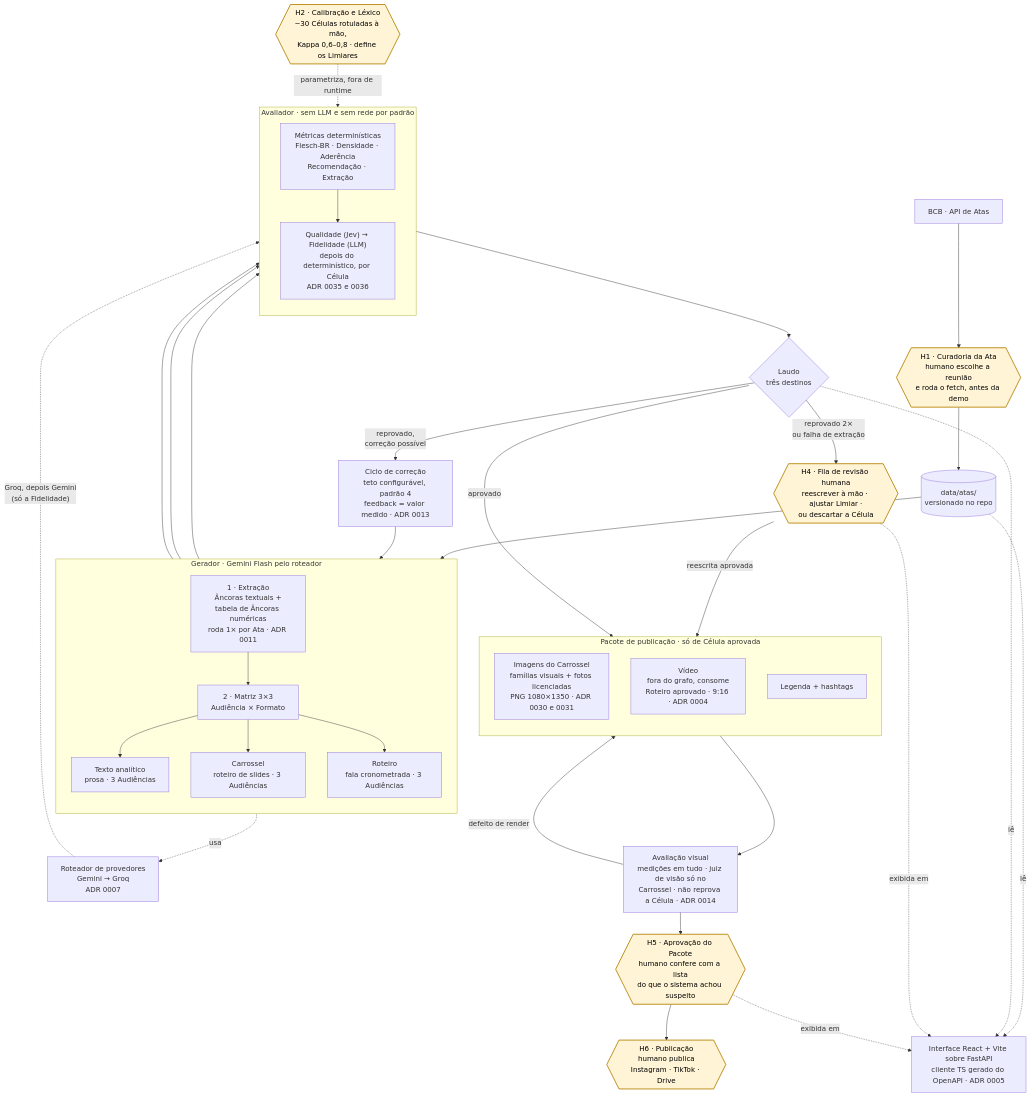
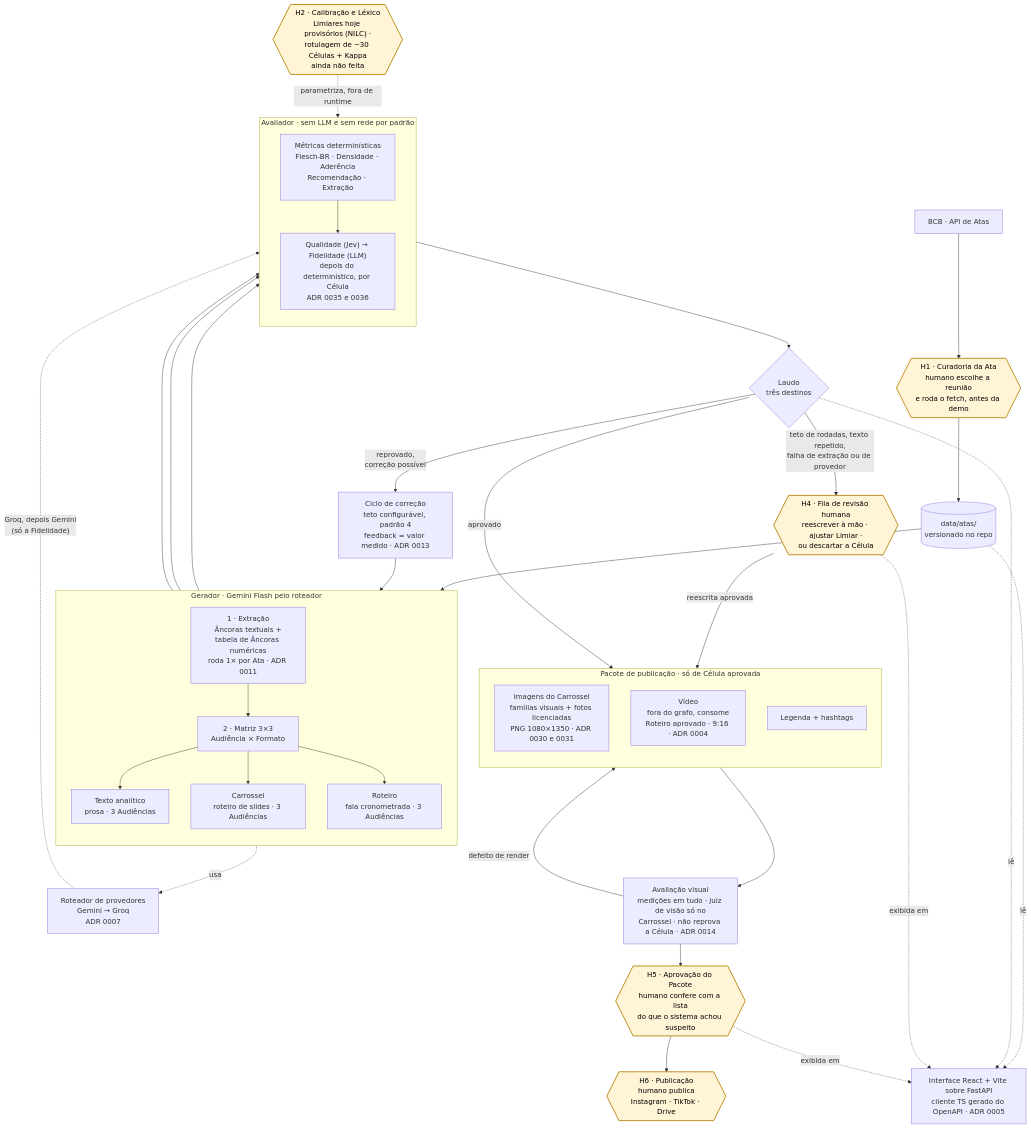
One commit to Lucas-Andrade-Silva/caseSunoAcademyFinance changed the diagram in docs/ARQUITETURA.md. Above: the diagram before and after it, drawn with Mermaid. The commit also changed other lines of this file and 7 other files, not shown here.

````diff
--- a/docs/ARQUITETURA.md
+++ b/docs/ARQUITETURA.md
@@ -68,75 +68,75 @@
 ```mermaid
 flowchart TD
     BCB["BCB · API de Atas"]
     H1{{"H1 · Curadoria da Ata<br/>humano escolhe a reunião<br/>e roda o fetch, antes da demo"}}
     ATAS[("data/atas/<br/>versionado no repo")]
     BCB --> H1 --> ATAS
 
     ATAS --> EXT
 
     subgraph G["Gerador · Gemini Flash pelo roteador"]
         direction TB
         EXT["1 · Extração<br/>Âncoras textuais +<br/>tabela de Âncoras numéricas<br/>roda 1× por Ata · ADR 0011"]
         MATRIZ["2 · Matriz 3×3<br/>Audiência × Formato"]
         TXT["Texto analítico<br/>prosa · 3 Audiências"]
         CAR["Carrossel<br/>roteiro de slides · 3 Audiências"]
         ROT["Roteiro<br/>fala cronometrada · 3 Audiências"]
         EXT --> MATRIZ
         MATRIZ --> TXT
         MATRIZ --> CAR
         MATRIZ --> ROT
     end
 
     ROUTER["Roteador de provedores<br/>Gemini → Groq<br/>ADR 0007"]
     G -. usa .-> ROUTER
 
     TXT --> A
     CAR --> A
     ROT --> A
 
-    H2{{"H2 · Calibração e Léxico<br/>~30 Células rotuladas à mão,<br/>Kappa 0,6–0,8 · define os Limiares"}}
+    H2{{"H2 · Calibração e Léxico<br/>Limiares hoje provisórios (NILC) ·<br/>rotulagem de ~30 Células + Kappa<br/>ainda não feita"}}
     H2 -.->|"parametriza, fora de runtime"| A
 
     subgraph A["Avaliador · sem LLM e sem rede por padrão"]
         direction TB
         DET["Métricas determinísticas<br/>Flesch-BR · Densidade · Aderência<br/>Recomendação · Extração"]
         JUIZ["Qualidade (Jev) → Fidelidade (LLM)<br/>depois do determinístico, por Célula<br/>ADR 0035 e 0036"]
         DET --> JUIZ
     end
 
     ROUTER -.->|"Groq, depois Gemini<br/>(só a Fidelidade)"| JUIZ
 
     A --> LAUDO{"Laudo<br/>três destinos"}
 
     LAUDO -->|"reprovado,<br/>correção possível"| CICLO["Ciclo de correção<br/>teto configurável, padrão 4<br/>feedback = valor medido · ADR 0013"]
     CICLO --> MATRIZ
 
-    LAUDO -->|"reprovado 2×<br/>ou falha de extração"| H4
+    LAUDO -->|"teto de rodadas, texto repetido,<br/>falha de extração ou de provedor"| H4
     H4{{"H4 · Fila de revisão humana<br/>reescrever à mão · ajustar Limiar ·<br/>ou descartar a Célula"}}
     H4 -->|"reescrita aprovada"| P
 
     LAUDO -->|"aprovado"| P
 
     subgraph P["Pacote de publicação · só de Célula aprovada"]
         direction TB
         IMG["Imagens do Carrossel<br/>famílias visuais + fotos licenciadas<br/>PNG 1080×1350 · ADR 0030 e 0031"]
         VIDEO["Vídeo<br/>fora do grafo, consome<br/>Roteiro aprovado · 9:16 · ADR 0004"]
         LEG["Legenda + hashtags"]
     end
 
     VIS["Avaliação visual<br/>medições em tudo · juiz de visão só no<br/>Carrossel · não reprova a Célula · ADR 0014"]
     P --> VIS
     VIS -->|"defeito de render"| P
     H5{{"H5 · Aprovação do Pacote<br/>humano confere com a lista<br/>do que o sistema achou suspeito"}}
     VIS --> H5
     H5 --> H6{{"H6 · Publicação<br/>humano publica<br/>Instagram · TikTok · Drive"}}
 
     UI["Interface React + Vite sobre FastAPI<br/>cliente TS gerado do OpenAPI · ADR 0005"]
     ATAS -. lê .-> UI
     LAUDO -. lê .-> UI
     H4 -. exibida em .-> UI
     H5 -. exibida em .-> UI
 
     classDef humano fill:#fff4d6,stroke:#b8860b,stroke-width:2px,color:#000
     class H1,H2,H4,H5,H6 humano
 ```
````
